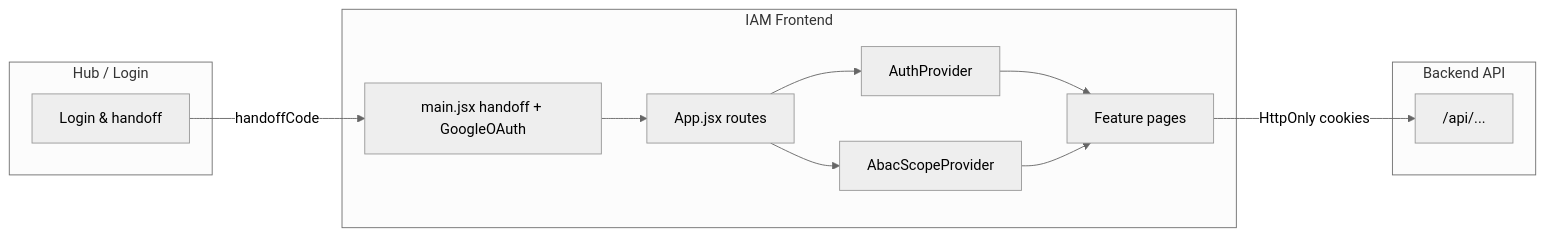
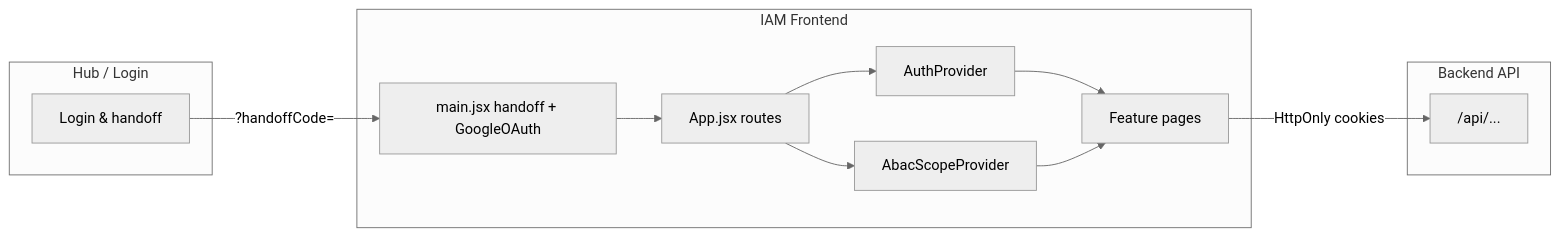
Before and after one commit to AkashK-Dizzaroo/IAM-Frontend: the diagram in README.md, drawn with Mermaid (neutral theme). The commit also changed other lines of this file and 7 other files, not shown here.

````diff
--- a/README.md
+++ b/README.md
@@ -61,23 +61,23 @@
 ```mermaid
 flowchart LR
   subgraph hub [Hub / Login]
     Login[Login & handoff]
   end
   subgraph iam [IAM Frontend]
     Main[main.jsx handoff + GoogleOAuth]
     App[App.jsx routes]
     Auth[AuthProvider]
     Abac[AbacScopeProvider]
     Pages[Feature pages]
     Main --> App
     App --> Auth
     App --> Abac
     Auth --> Pages
     Abac --> Pages
   end
   subgraph api [Backend API]
     REST["/api/..."]
   end
-  Login -->|"handoffCode"| Main
+  Login -->|"?handoffCode="| Main
   Pages -->|HttpOnly cookies| REST
 ```
````
